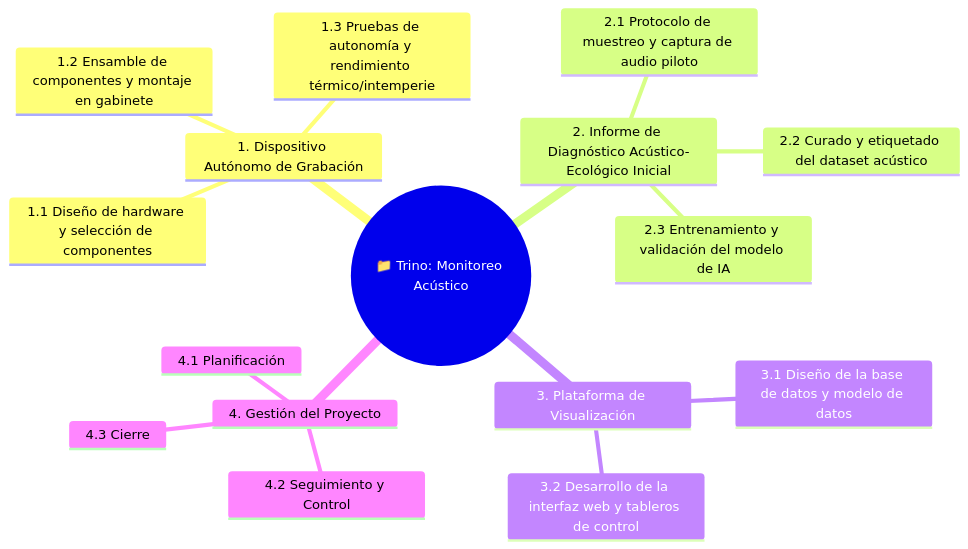
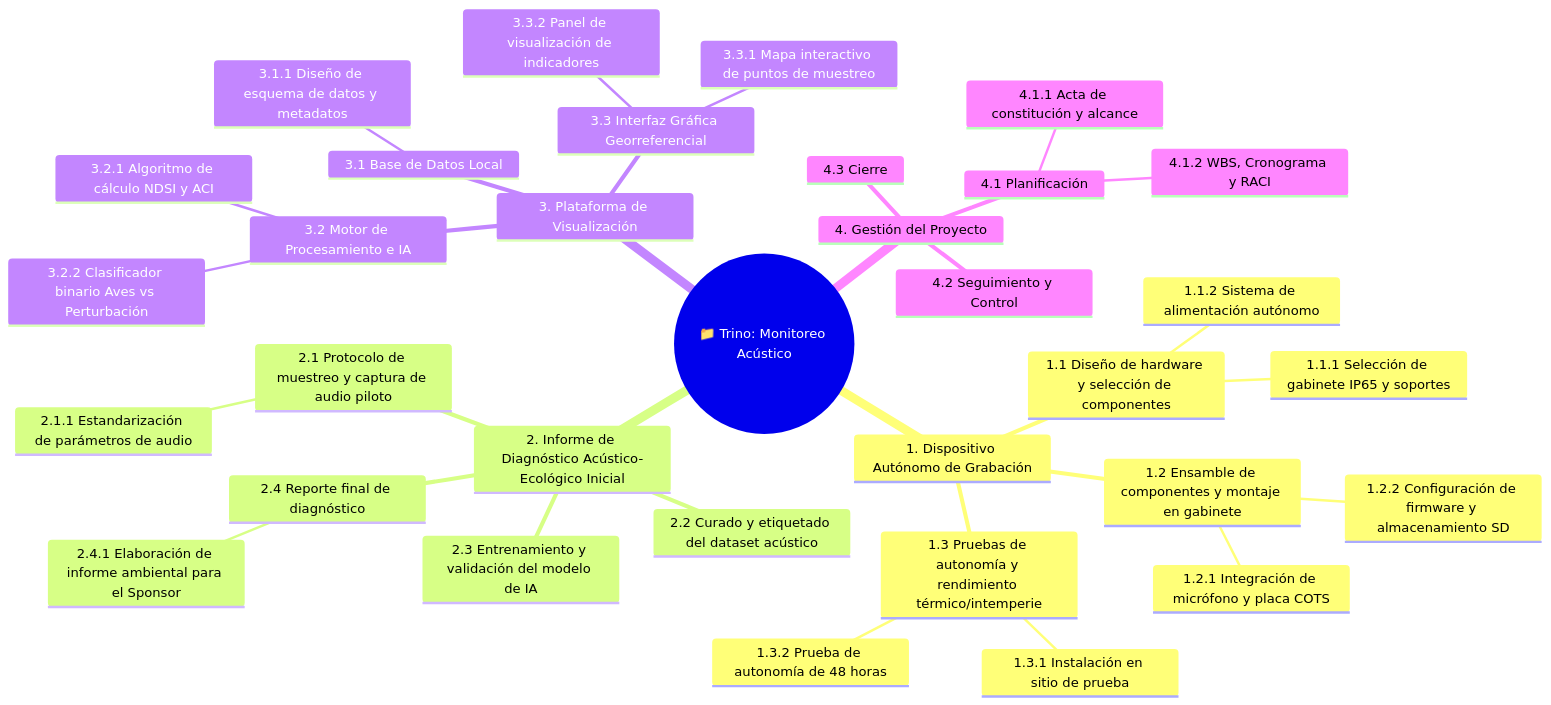
Before and after one commit to fatimalunazzz/GestionProyecto: the diagram in wbs.md, drawn with Mermaid.

````diff
--- a/wbs.md
+++ b/wbs.md
@@ -5,19 +5,36 @@
 ```mermaid
 mindmap
   root(("📁 Trino: Monitoreo Acústico"))
     1. Dispositivo Autónomo de Grabación
       1.1 Diseño de hardware y selección de componentes
+        1.1.1 Selección de gabinete IP65 y soportes
+        1.1.2 Sistema de alimentación autónomo
       1.2 Ensamble de componentes y montaje en gabinete
+        1.2.1 Integración de micrófono y placa COTS
+        1.2.2 Configuración de firmware y almacenamiento SD
       1.3 Pruebas de autonomía y rendimiento térmico/intemperie
+        1.3.1 Instalación en sitio de prueba
+        1.3.2 Prueba de autonomía de 48 horas
     2. Informe de Diagnóstico Acústico-Ecológico Inicial
       2.1 Protocolo de muestreo y captura de audio piloto
+        2.1.1 Estandarización de parámetros de audio
       2.2 Curado y etiquetado del dataset acústico
       2.3 Entrenamiento y validación del modelo de IA
+      2.4 Reporte final de diagnóstico
+        2.4.1 Elaboración de informe ambiental para el Sponsor
     3. Plataforma de Visualización
-      3.1 Diseño de la base de datos y modelo de datos
-      3.2 Desarrollo de la interfaz web y tableros de control
+      3.1 Base de Datos Local
+        3.1.1 Diseño de esquema de datos y metadatos
+      3.2 Motor de Procesamiento e IA
+        3.2.1 Algoritmo de cálculo NDSI y ACI
+        3.2.2 Clasificador binario Aves vs Perturbación
+      3.3 Interfaz Gráfica Georreferencial
+        3.3.1 Mapa interactivo de puntos de muestreo
+        3.3.2 Panel de visualización de indicadores
     4. Gestión del Proyecto
       4.1 Planificación
+        4.1.1 Acta de constitución y alcance
+        4.1.2 WBS, Cronograma y RACI
       4.2 Seguimiento y Control
       4.3 Cierre
 ```
````
